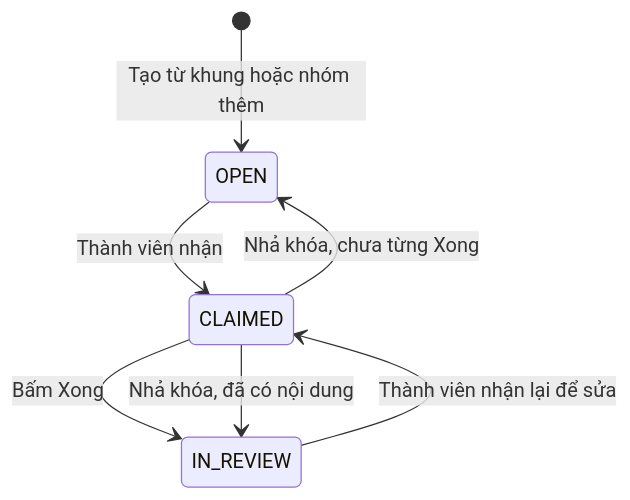
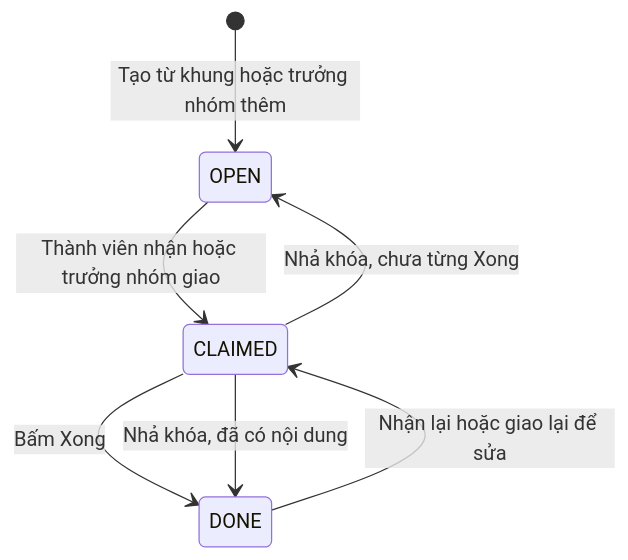
The second of 2 diagrams in aidlc-docs/construction/u14-group-document-submission/functional-design/domain-entities.md (hygef-v4/AI-Powered-Learning-Platform), drawn with Mermaid before and after one commit. The commit also changed other lines of this file and 39 other files, not shown here.

````diff
--- a/aidlc-docs/construction/u14-group-document-submission/functional-design/domain-entities.md
+++ b/aidlc-docs/construction/u14-group-document-submission/functional-design/domain-entities.md
@@ -45,9 +61,9 @@
 ```mermaid
 stateDiagram-v2
-    [*] --> OPEN: Tạo từ khung hoặc nhóm thêm
-    OPEN --> CLAIMED: Thành viên nhận
-    CLAIMED --> IN_REVIEW: Bấm Xong
+    [*] --> OPEN: Tạo từ khung hoặc trưởng nhóm thêm
+    OPEN --> CLAIMED: Thành viên nhận hoặc trưởng nhóm giao
+    CLAIMED --> DONE: Bấm Xong
     CLAIMED --> OPEN: Nhả khóa, chưa từng Xong
-    CLAIMED --> IN_REVIEW: Nhả khóa, đã có nội dung
-    IN_REVIEW --> CLAIMED: Thành viên nhận lại để sửa
+    CLAIMED --> DONE: Nhả khóa, đã có nội dung
+    DONE --> CLAIMED: Nhận lại hoặc giao lại để sửa
 ```
````
